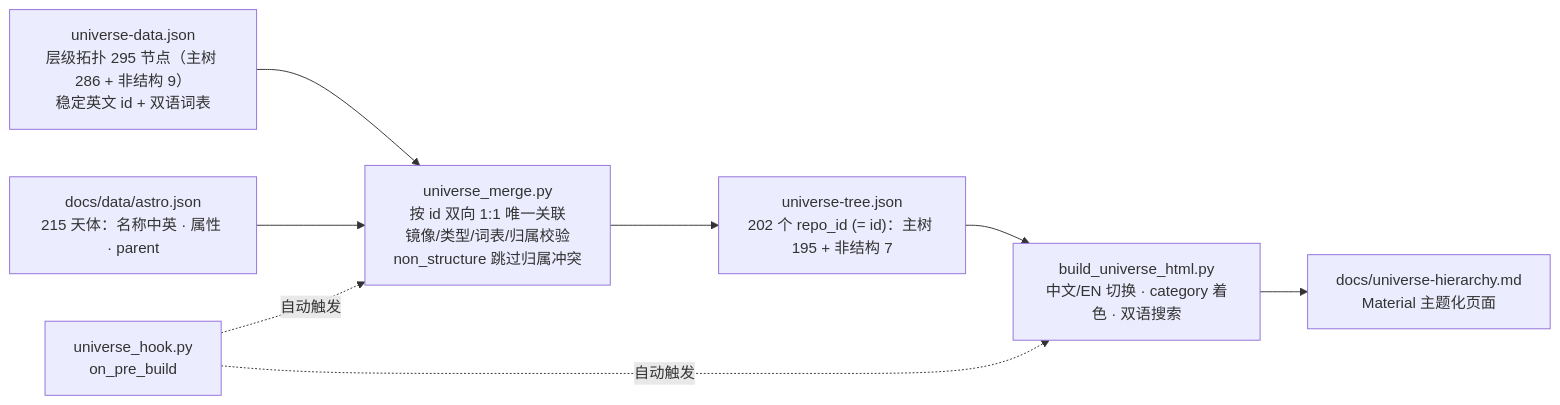
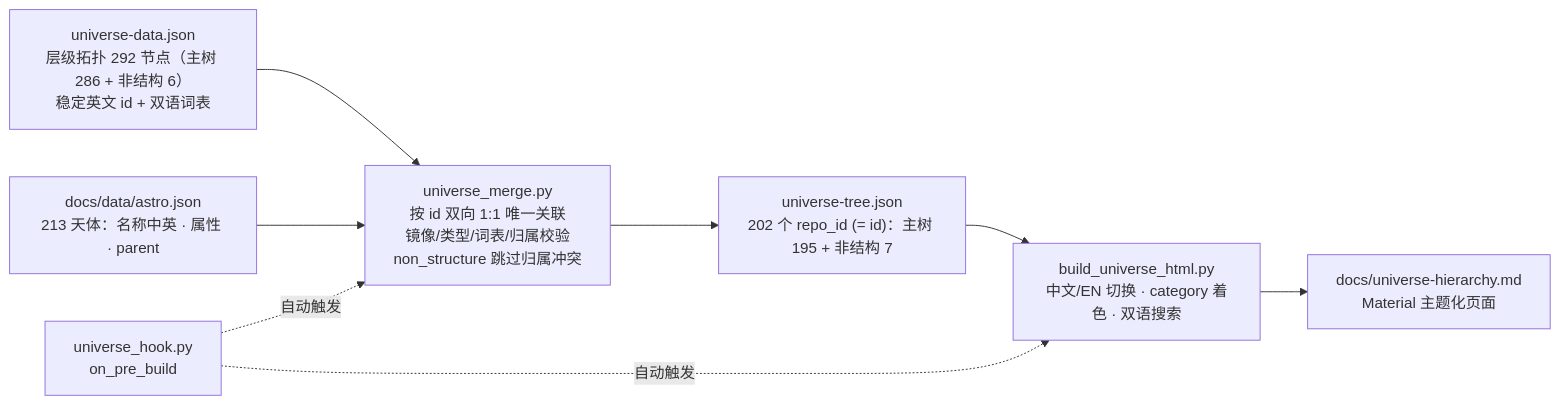
The sixth of 9 diagrams in 维护指南.md (yufengwolf/astro-blog), drawn with Mermaid before and after one commit. The commit also changed other lines of this file and 230 other files, not shown here.

````diff
--- a/维护指南.md
+++ b/维护指南.md
@@ -569,10 +569,10 @@
 ```mermaid
 flowchart LR
-    UD["universe-data.json<br/>层级拓扑 295 节点（主树 286 + 非结构 9）<br/>稳定英文 id + 双语词表"] --> M["universe_merge.py<br/>按 id 双向 1:1 唯一关联<br/>镜像/类型/词表/归属校验<br/>non_structure 跳过归属冲突"]
-    AS["docs/data/astro.json<br/>215 天体：名称中英 · 属性 · parent"] --> M
+    UD["universe-data.json<br/>层级拓扑 292 节点（主树 286 + 非结构 6）<br/>稳定英文 id + 双语词表"] --> M["universe_merge.py<br/>按 id 双向 1:1 唯一关联<br/>镜像/类型/词表/归属校验<br/>non_structure 跳过归属冲突"]
+    AS["docs/data/astro.json<br/>213 天体：名称中英 · 属性 · parent"] --> M
     M --> UT["universe-tree.json<br/>202 个 repo_id (= id)：主树 195 + 非结构 7"]
     UT --> B["build_universe_html.py<br/>中文/EN 切换 · category 着色 · 双语搜索"]
     B --> PG["docs/universe-hierarchy.md<br/>Material 主题化页面"]
     H["universe_hook.py<br/>on_pre_build"] -. 自动触发 .-> M
     H -. 自动触发 .-> B
 ```
````
